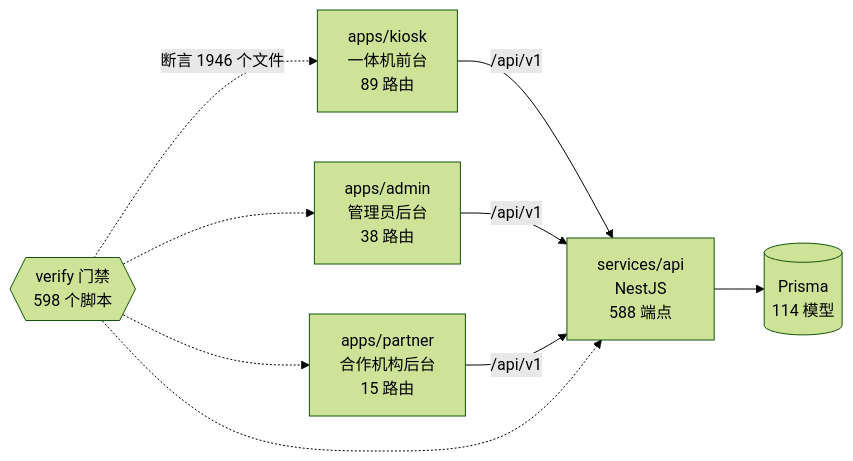
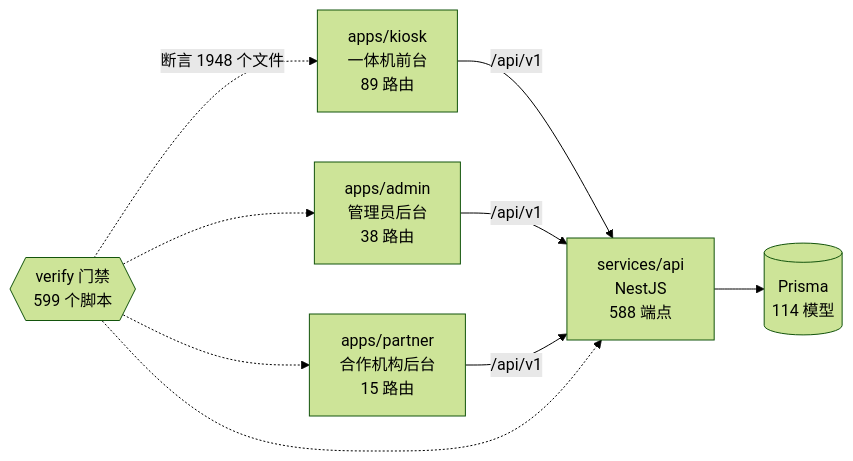
One commit to wanglei581/YITIJI changed the diagram in docs/graph/README.md. Above: the diagram before and after it, drawn with Mermaid (forest theme). The commit also changed other lines of this file and 2 other files, not shown here.

Commit message:
chore(graph): 小青约束句门禁登记后重生图谱

````diff
--- a/docs/graph/README.md
+++ b/docs/graph/README.md
@@ -68,18 +68,18 @@
 ```mermaid
 flowchart LR
   kiosk["apps/kiosk<br/>一体机前台<br/>89 路由"]
   admin["apps/admin<br/>管理员后台<br/>38 路由"]
   partner["apps/partner<br/>合作机构后台<br/>15 路由"]
   api["services/api<br/>NestJS<br/>588 端点"]
   db[("Prisma<br/>114 模型")]
-  gates{{"verify 门禁<br/>598 个脚本"}}
+  gates{{"verify 门禁<br/>599 个脚本"}}
 
   kiosk -->|"/api/v1"| api
   admin -->|"/api/v1"| api
   partner -->|"/api/v1"| api
   api --> db
-  gates -.->|"断言 1946 个文件"| kiosk
+  gates -.->|"断言 1948 个文件"| kiosk
   gates -.-> admin
   gates -.-> partner
   gates -.-> api
 ```
````
